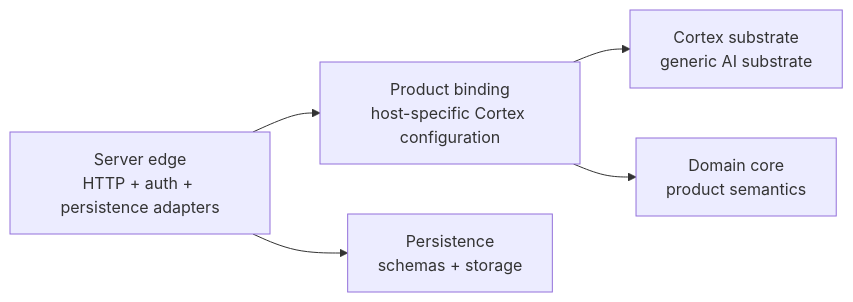
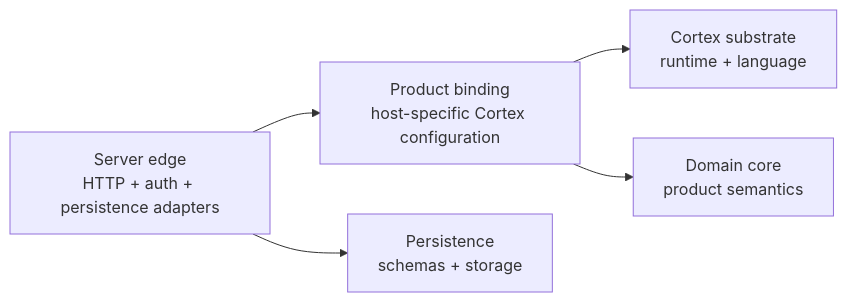
One commit to Digimuoto/cortex changed the diagram in docs/Architecture/02-ownership-and-boundaries.md. Above: the diagram before and after it, drawn with Mermaid. The commit also changed other lines of this file and 207 other files, not shown here.

````diff
--- a/docs/Architecture/02-ownership-and-boundaries.md
+++ b/docs/Architecture/02-ownership-and-boundaries.md
@@ -44,8 +45,8 @@
 ```mermaid
 flowchart LR
     S[Server edge<br/>HTTP + auth + persistence adapters] --> C[Product binding<br/>host-specific Cortex configuration]
-    C --> X[Cortex substrate<br/>generic AI substrate]
+    C --> X[Cortex substrate<br/>runtime + language]
 
     C --> F[Domain core<br/>product semantics]
     S --> D[Persistence<br/>schemas + storage]
 ```
````
